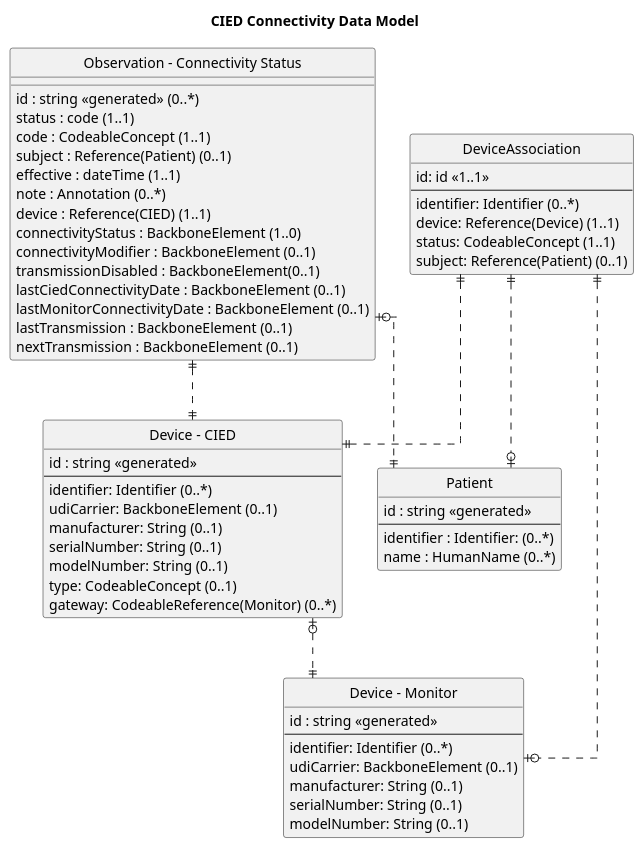
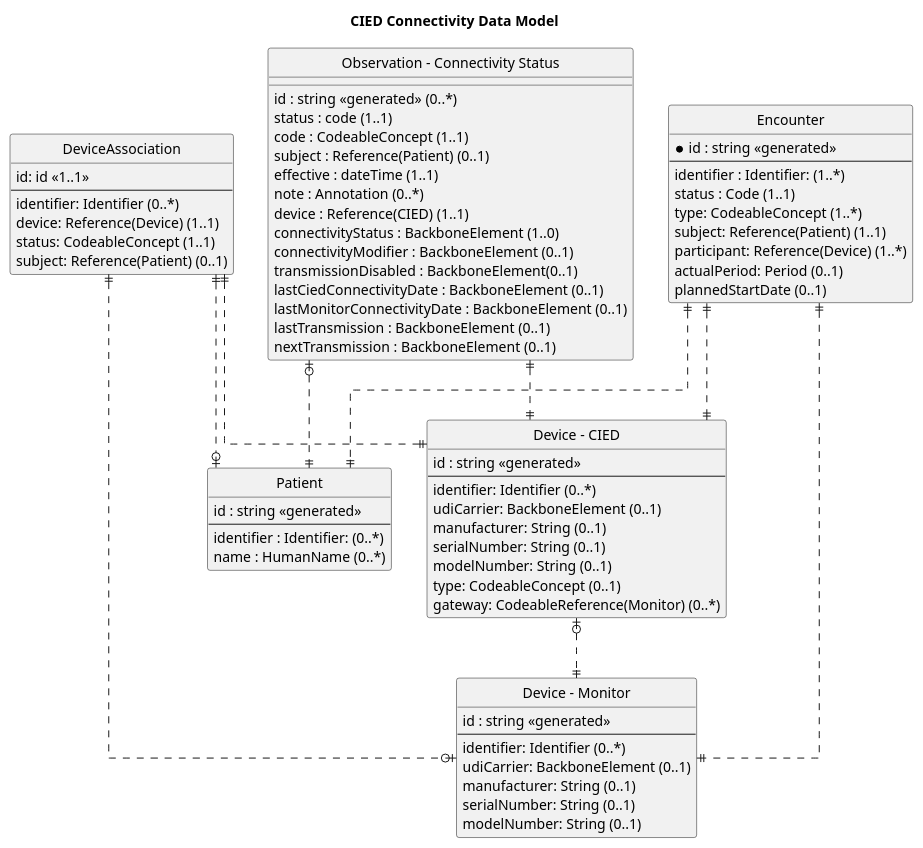
One commit to HL7/CardX-CIED changed the diagram in input/images-source/data-model.plantuml. Above: the diagram before and after it, drawn with PlantUML. The commit also changed 8 other files, not shown here.

```diff
--- a/input/images-source/data-model.plantuml
+++ b/input/images-source/data-model.plantuml
@@ -1,71 +1,85 @@
 @startuml
 title CIED Connectivity Data Model
 
 hide circle
 
 skinparam linetype ortho
 
 entity "Patient" as Patient {
   id : string <<generated>>
   --
   identifier : Identifier: (0..*)
   name : HumanName (0..*) 
 }
 
 entity "Device - CIED" as cied {
   id : string <<generated>>
   --
   identifier: Identifier (0..*)
   udiCarrier: BackboneElement (0..1)
   manufacturer: String (0..1)
   serialNumber: String (0..1)
   modelNumber: String (0..1)
   type: CodeableConcept (0..1)
   gateway: CodeableReference(Monitor) (0..*)
 }
 
 entity "Device - Monitor" as monitor {
   id : string <<generated>>
   --
   identifier: Identifier (0..*)
   udiCarrier: BackboneElement (0..1)
   manufacturer: String (0..1)
   serialNumber: String (0..1)
   modelNumber: String (0..1)
 }
 
 entity "DeviceAssociation" as devassoc {
     id: id <<1..1>>
     --
     identifier: Identifier (0..*)
     device: Reference(Device) (1..1)
     status: CodeableConcept (1..1)
     subject: Reference(Patient) (0..1)   
 }
 
 entity "Observation - Connectivity Status" as Connectivity {
     id : string <<generated>> (0..*)
     status : code (1..1)
     code : CodeableConcept (1..1)
     subject : Reference(Patient) (0..1)
     effective : dateTime (1..1)
     note : Annotation (0..*)
     device : Reference(CIED) (1..1)
     connectivityStatus : BackboneElement (1..0)
     connectivityModifier : BackboneElement (0..1)
     transmissionDisabled : BackboneElement(0..1) 
     lastCiedConnectivityDate : BackboneElement (0..1)
     lastMonitorConnectivityDate : BackboneElement (0..1)
     lastTransmission : BackboneElement (0..1)
     nextTransmission : BackboneElement (0..1)
 }
 
+entity "Encounter" as Encounter {
+  *id : string <<generated>>
+  --
+  identifier : Identifier: (1..*)
+  status : Code (1..1)
+  type: CodeableConcept (1..*)
+  subject: Reference(Patient) (1..1) 
+  participant: Reference(Device) (1..*)
+  actualPeriod: Period (0..1)
+  plannedStartDate (0..1)
+}
+
 Connectivity |o..|| Patient
 Connectivity ||..|| cied
 cied |o..|| monitor
 devassoc ||..|| cied
 devassoc ||..o| Patient
 devassoc ||..o| monitor
-
+Encounter ||..|| Patient
+Encounter ||..|| cied
+Encounter ||..|| monitor
 
 @enduml
```
